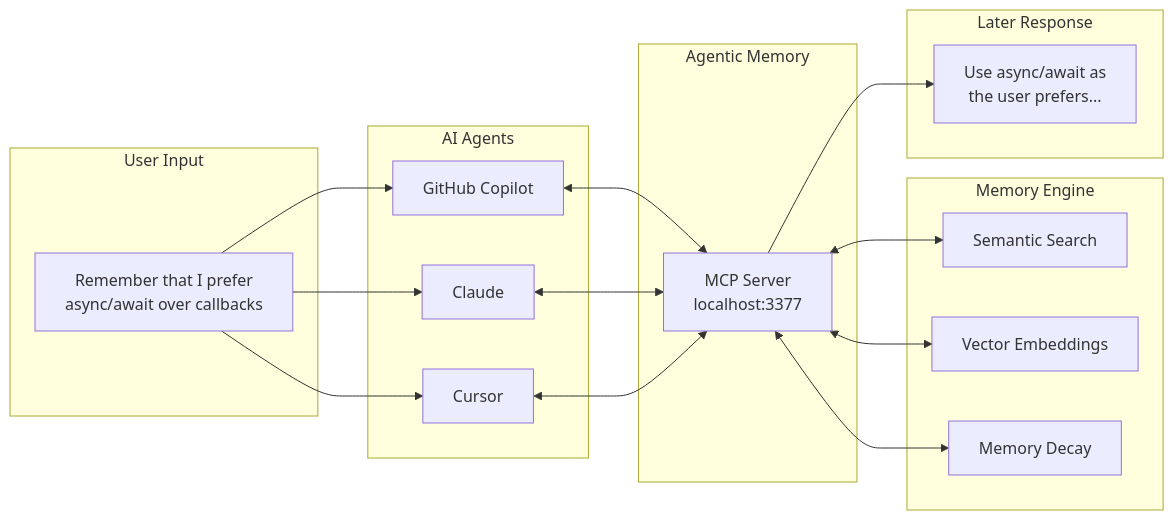
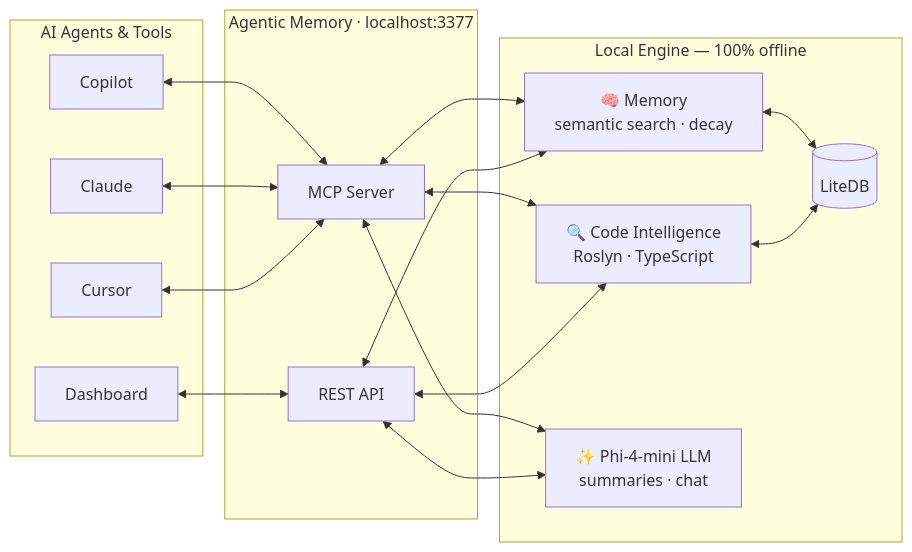
Before and after one commit to lionheartaaron/agentic-memory: the diagram in README.md, drawn with Mermaid. The commit also changed other lines of this file and 39 other files, not shown here.

Commit message:
Complete MCP and code index

````diff
--- a/README.md
+++ b/README.md
@@ -32,31 +32,26 @@
 ```mermaid
 flowchart LR
-    subgraph Input["User Input"]
-        A["Remember that I prefer<br/>async/await over callbacks"]
+    subgraph Agents["AI Agents & Tools"]
+        CP[Copilot]
+        CL[Claude]
+        CU[Cursor]
+        UI[Dashboard]
     end
-    
-    subgraph Agents["AI Agents"]
-        B[GitHub Copilot]
-        C[Claude]
-        D[Cursor]
+
+    subgraph Server["Agentic Memory · localhost:3377"]
+        MCP[MCP Server]
+        API[REST API]
     end
-    
-    subgraph Memory["Agentic Memory"]
-        E[MCP Server<br/>localhost:3377]
+
+    subgraph Engine["Local Engine — 100% offline"]
+        MEM[🧠 Memory<br/>semantic search · decay]
+        CODE[🔍 Code Intelligence<br/>Roslyn · TypeScript]
+        GEN[✨ Phi-4-mini LLM<br/>summaries · chat]
+        DB[(LiteDB)]
     end
-    
-    subgraph Engine["Memory Engine"]
-        F[Semantic Search]
-        G[Vector Embeddings]
-        H[Memory Decay]
-    end
-    
-    subgraph Output["Later Response"]
-        I["Use async/await as<br/>the user prefers..."]
-    end
-    
-    A --> B & C & D
-    B & C & D <--> E
-    E <--> F & G & H
-    E --> I
+
+    CP & CL & CU <--> MCP
+    UI <--> API
+    MCP & API <--> MEM & CODE & GEN
+    MEM & CODE <--> DB
 ```
````
